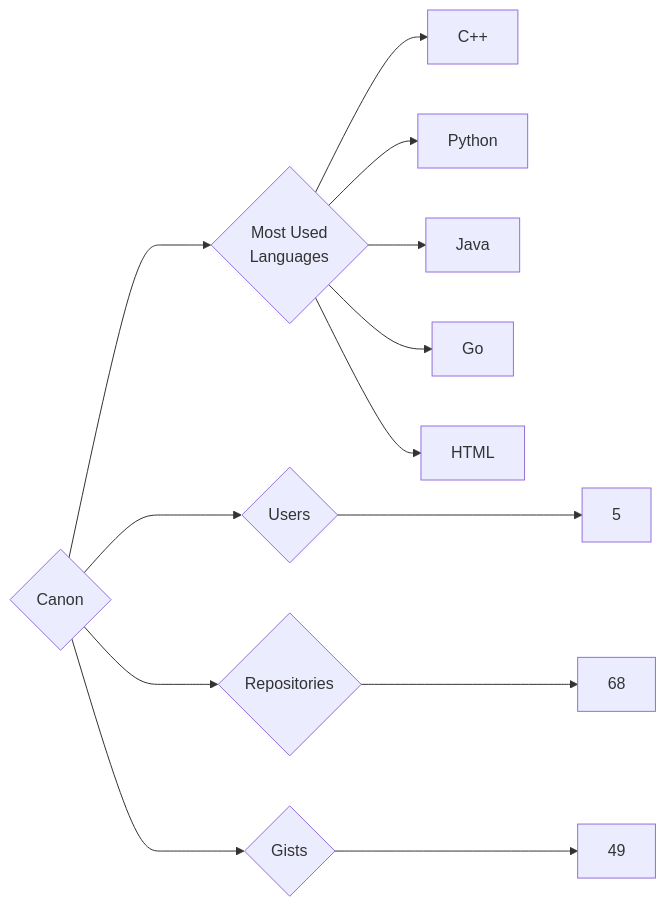
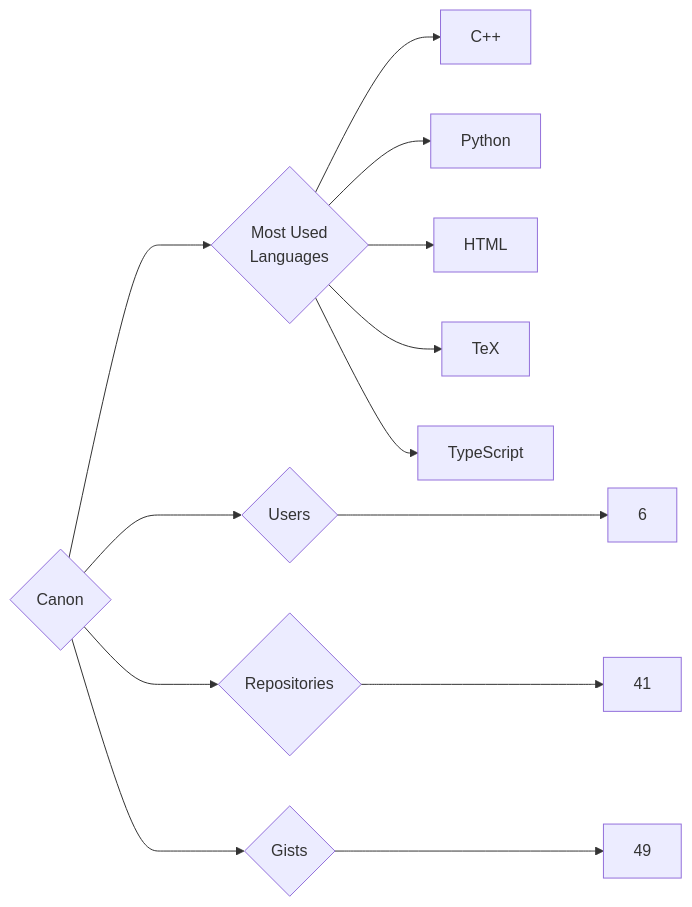
Before and after one commit to trickest/insiders: the diagram in targets/Canon/README.md, drawn with Mermaid. The commit also changed 1092 other files, not shown here.

````diff
--- a/targets/Canon/README.md
+++ b/targets/Canon/README.md
@@ -3,13 +3,13 @@
 ```mermaid
 graph LR
 COMPANY_NAME{Canon}
-COMPANY_NAME ---> U{Users} ---> UN[5]
-COMPANY_NAME ---> R{Repositories} ---> RN[68]
+COMPANY_NAME ---> U{Users} ---> UN[6]
+COMPANY_NAME ---> R{Repositories} ---> RN[41]
 COMPANY_NAME ---> G{Gists} ---> GN[49]
 COMPANY_NAME ---> ML{Most Used<br>Languages}
 ML --> C++[C++]
 ML --> Python[Python]
-ML --> Java[Java]
-ML --> Go[Go]
 ML --> HTML[HTML]
+ML --> TeX[TeX]
+ML --> TypeScript[TypeScript]
 ```
````
